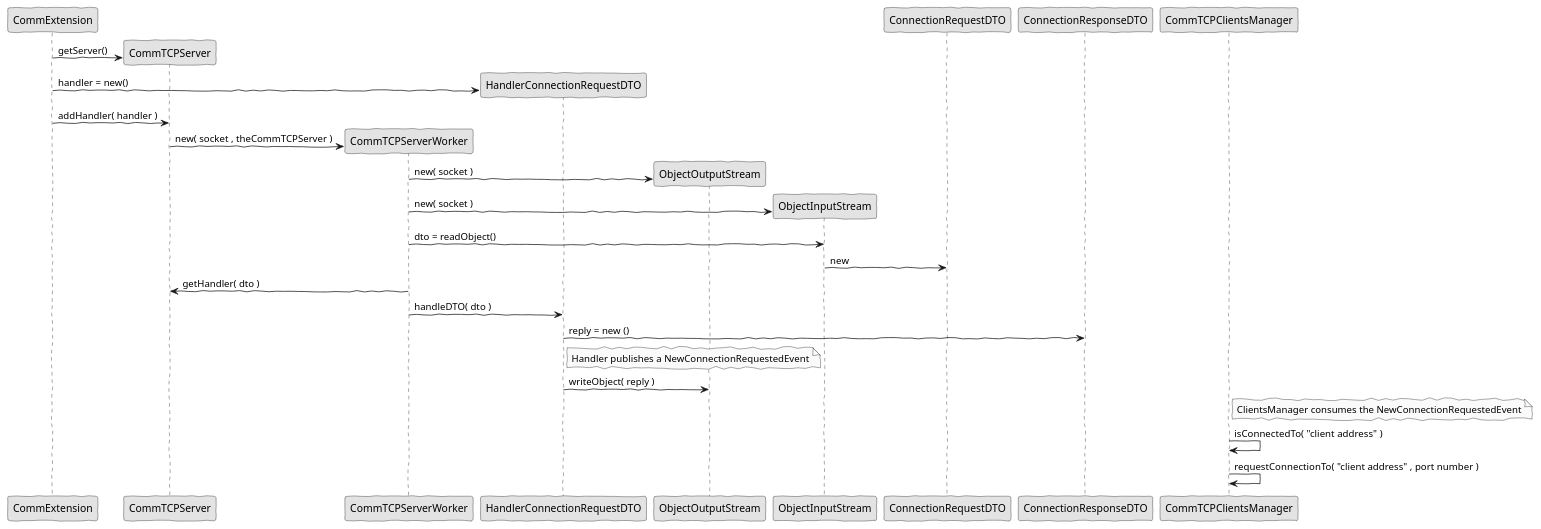
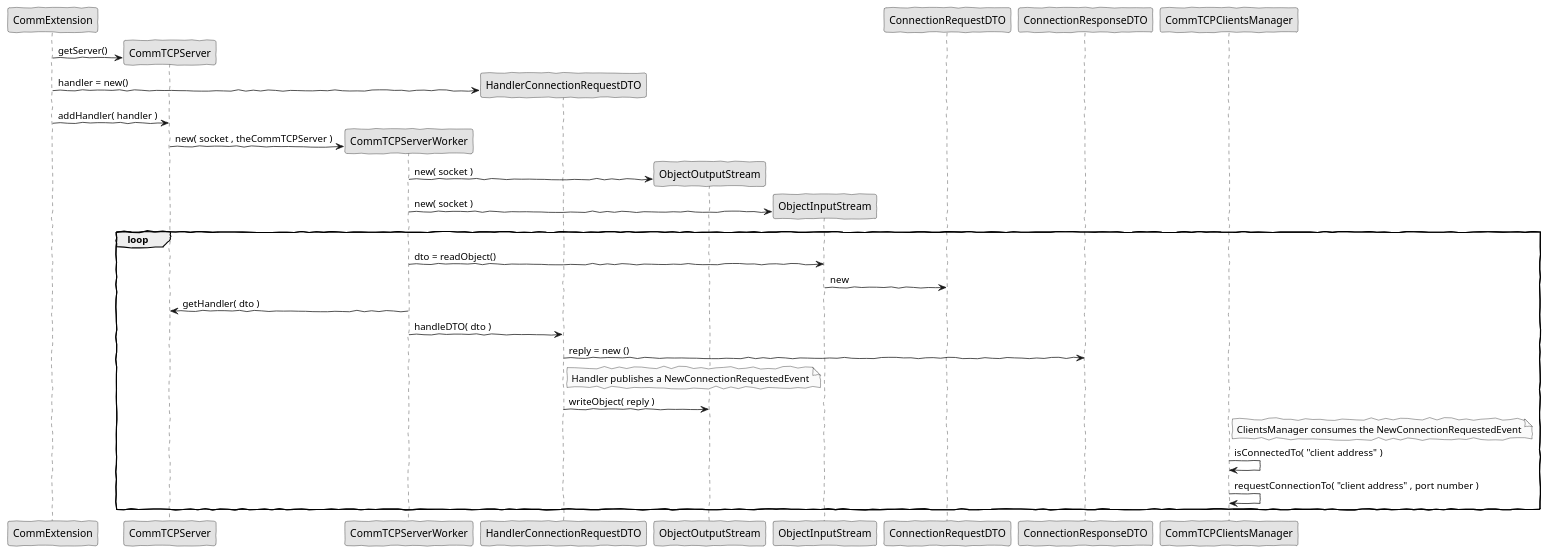
Before and after one commit to MikeTekOn/lapr4-2017-2dd: the diagram in src/main/java/lapr4/green/s1/ipc/n1150532/startSharing/ipc_01_1_design_tcp_server.puml, drawn with PlantUML. The commit also changed 3 other files, not shown here.

Commit message:
LAPR4E17DD-119 #time 1h 16m #comment I've fixed the UDP design. I've fixed the TCP diagram to include the loop.

```diff
--- a/src/main/java/lapr4/green/s1/ipc/n1150532/startSharing/ipc_01_1_design_tcp_server.puml
+++ b/src/main/java/lapr4/green/s1/ipc/n1150532/startSharing/ipc_01_1_design_tcp_server.puml
@@ -1,41 +1,43 @@
 @startuml
 
 skinparam handwritten true
 skinparam monochrome true
 skinparam packageStyle rect
 skinparam defaultFontName FG Virgil
 skinparam shadowing false
 
 participant "CommExtension"
 participant "CommTCPServer"
 participant "CommTCPServerWorker"
 participant "HandlerConnectionRequestDTO"
 participant "ObjectOutputStream"
 participant "ObjectInputStream"
 participant "ConnectionRequestDTO"
 participant "ConnectionResponseDTO"
 participant "CommTCPClientsManager"
 
 create CommTCPServer
 CommExtension -> CommTCPServer : getServer()
 create HandlerConnectionRequestDTO
 CommExtension -> HandlerConnectionRequestDTO : handler = new()
 CommExtension -> CommTCPServer : addHandler( handler )
 create CommTCPServerWorker
 CommTCPServer -> CommTCPServerWorker : new( socket , theCommTCPServer )
 create ObjectOutputStream
 CommTCPServerWorker -> ObjectOutputStream : new( socket )
 create ObjectInputStream
 CommTCPServerWorker -> ObjectInputStream : new( socket )
+loop
 CommTCPServerWorker -> ObjectInputStream : dto = readObject()
 ObjectInputStream -> ConnectionRequestDTO : new
 CommTCPServerWorker -> CommTCPServer : getHandler( dto )
 CommTCPServerWorker -> HandlerConnectionRequestDTO : handleDTO( dto )
 HandlerConnectionRequestDTO -> ConnectionResponseDTO : reply = new ()
 note right of HandlerConnectionRequestDTO : Handler publishes a NewConnectionRequestedEvent
 HandlerConnectionRequestDTO -> ObjectOutputStream : writeObject( reply )
 note right of CommTCPClientsManager : ClientsManager consumes the NewConnectionRequestedEvent
 CommTCPClientsManager -> CommTCPClientsManager : isConnectedTo( "client address" )
 CommTCPClientsManager -> CommTCPClientsManager : requestConnectionTo( "client address" , port number )
+end loop    
 
 @enduml
```
